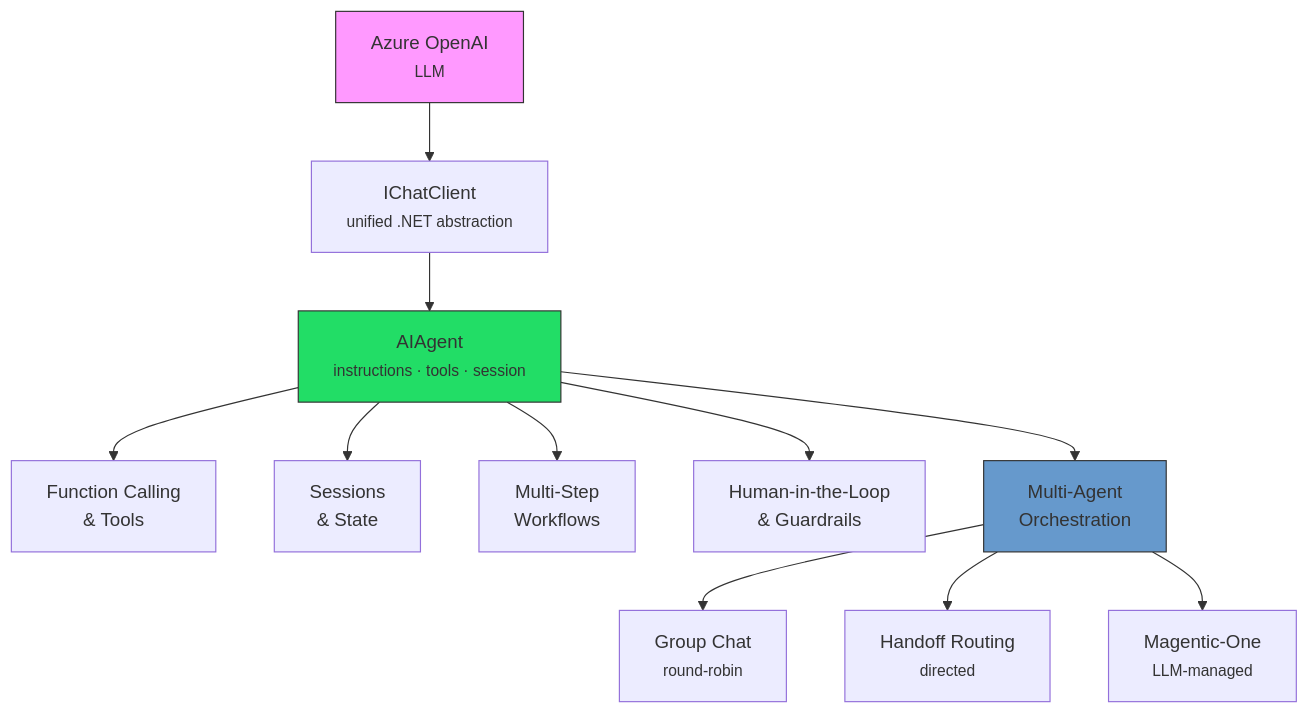
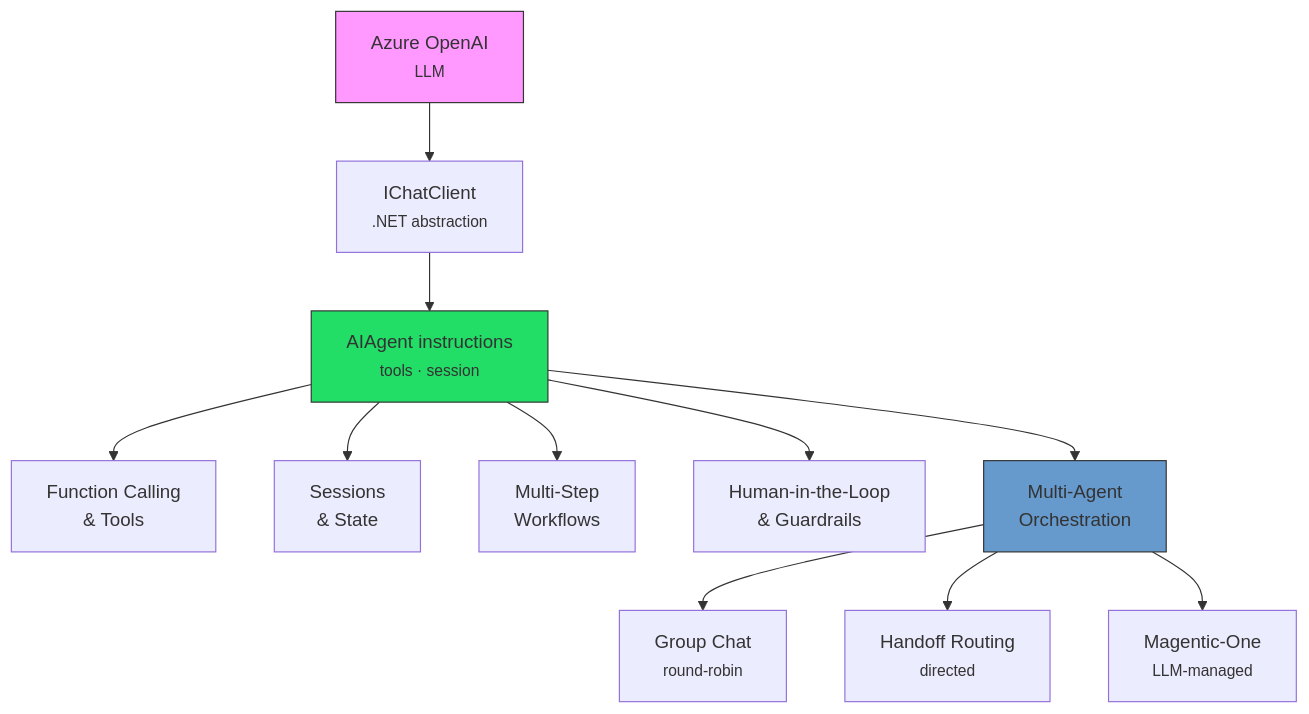
One commit to PeterMilovcik/MicrosoftAgentFramework.Dotnet.Workshop changed the first of 2 diagrams in README.md. Above: the diagram before and after it, drawn with Mermaid.

Commit message:
Fix formatting in AI agent diagram for improved clarity

````diff
--- a/README.md
+++ b/README.md
@@ -45,18 +45,18 @@
 ```mermaid
 graph TD
     LLM["Azure OpenAI<br/><small>LLM</small>"]
-    LLM --> Client["IChatClient<br/><small>unified .NET abstraction</small>"]
-    Client --> Agent["AIAgent<br/><small>instructions · tools · session</small>"]
+    LLM --> Client["IChatClient<br/><small>.NET abstraction</small>"]
+    Client --> Agent["AIAgent instructions<br/><small>tools · session</small>"]
     Agent --> Tools["Function Calling<br/>& Tools"]
     Agent --> State["Sessions<br/>& State"]
     Agent --> Workflows["Multi-Step<br/>Workflows"]
     Agent --> HITL["Human-in-the-Loop<br/>& Guardrails"]
     Agent --> Multi["Multi-Agent<br/>Orchestration"]
     Multi --> GC["Group Chat<br/><small>round-robin</small>"]
     Multi --> HO["Handoff Routing<br/><small>directed</small>"]
     Multi --> MG["Magentic-One<br/><small>LLM-managed</small>"]
 
     style LLM fill:#f9f,stroke:#333
     style Agent fill:#2d6,stroke:#333
     style Multi fill:#69c,stroke:#333
 ```
````
